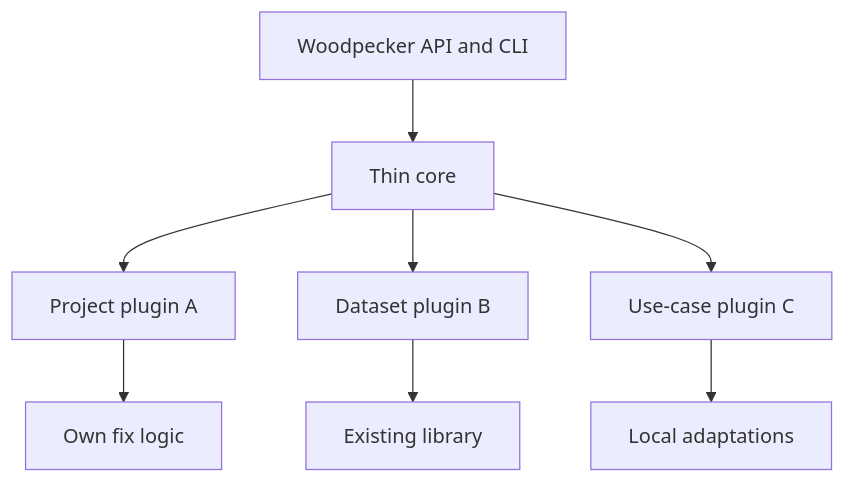
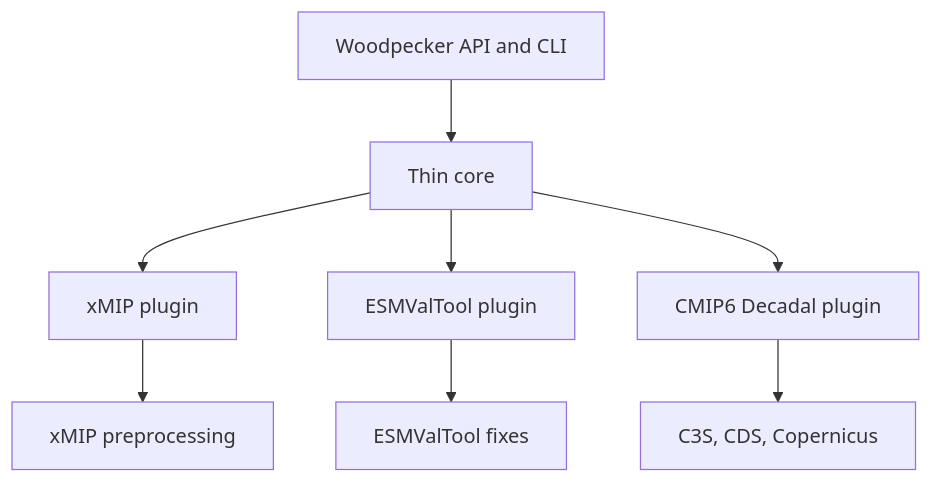
One commit to roocs/woodpecker changed the first of 4 diagrams in woodpecker-milano-slides.md. Above: the diagram before and after it, drawn with Mermaid. The commit also changed other lines of this file, not shown here.

````diff
--- a/woodpecker-milano-slides.md
+++ b/woodpecker-milano-slides.md
@@ -44,10 +44,10 @@
 ```mermaid
 flowchart TD
     U["Woodpecker API and CLI"] --> C["Thin core"]
-    C --> P1["Project plugin A"]
-    C --> P2["Dataset plugin B"]
-    C --> P3["Use-case plugin C"]
-    P1 --> L1["Own fix logic"]
-    P2 --> L2["Existing library"]
-    P3 --> L3["Local adaptations"]
+    C --> P1["xMIP plugin"]
+    C --> P2["ESMValTool plugin"]
+    C --> P3["CMIP6 Decadal plugin"]
+    P1 --> L1["xMIP preprocessing"]
+    P2 --> L2["ESMValTool fixes"]
+    P3 --> L3["C3S, CDS, Copernicus"]
 ```
````
